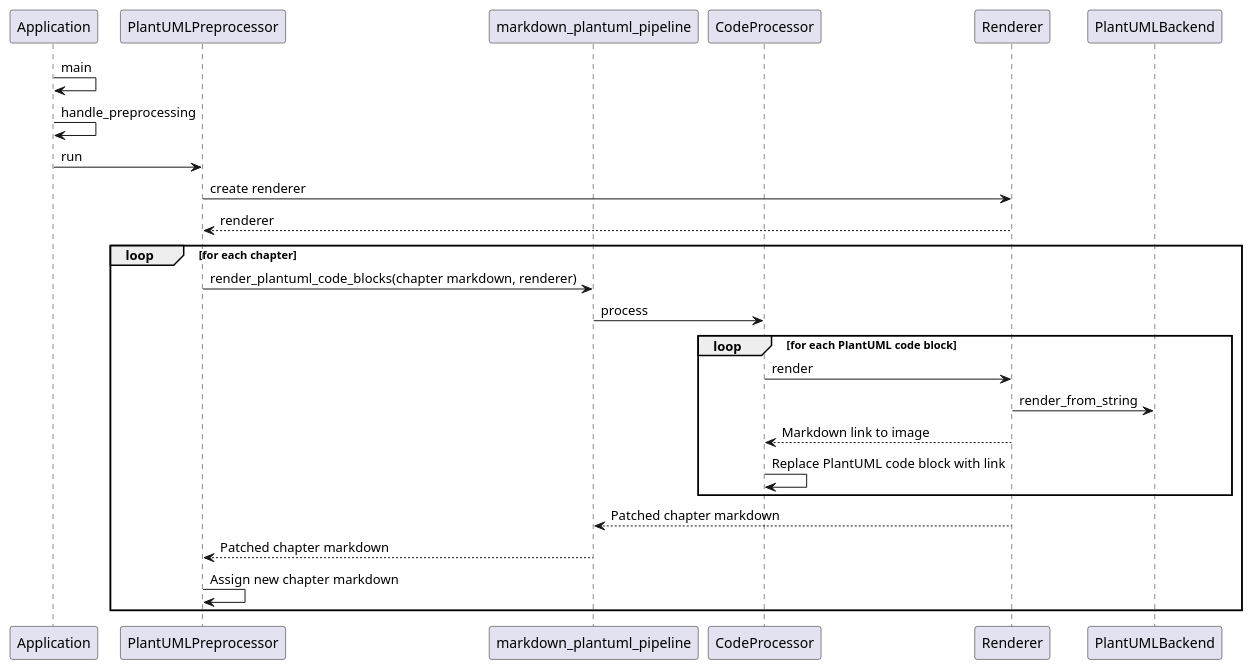
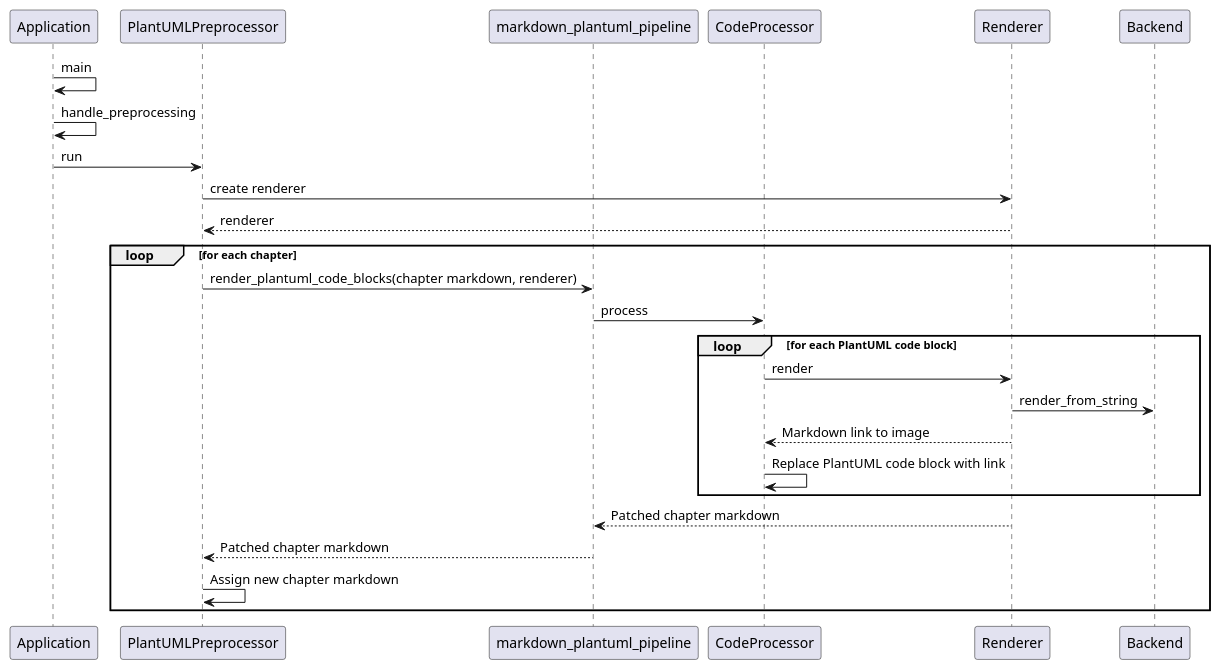
Before and after one commit to sytsereitsma/mdbook-plantuml: the diagram in doc/img/conversion_sequence.puml, drawn with PlantUML. The commit also changed 5 other files, not shown here.

Commit message:
rename 'PlantUMLBackend -> Backend'

```diff
--- a/doc/img/conversion_sequence.puml
+++ b/doc/img/conversion_sequence.puml
@@ -1,27 +1,27 @@
 @startuml
 participant Application
 participant PlantUMLPreprocessor
 participant markdown_plantuml_pipeline
 participant CodeProcessor
 participant Renderer
-participant PlantUMLBackend
+participant Backend
 
 Application -> Application: main
 	Application -> Application: handle_preprocessing
 	Application -> PlantUMLPreprocessor: run
 		PlantUMLPreprocessor -> Renderer: create renderer
 		Renderer --> PlantUMLPreprocessor: renderer
 		loop for each chapter
 			PlantUMLPreprocessor -> markdown_plantuml_pipeline: render_plantuml_code_blocks(chapter markdown, renderer)
 			markdown_plantuml_pipeline -> CodeProcessor: process
 			loop for each PlantUML code block
 				CodeProcessor -> Renderer: render
-					Renderer -> PlantUMLBackend: render_from_string
+					Renderer -> Backend: render_from_string
 				Renderer --> CodeProcessor: Markdown link to image
 				CodeProcessor -> CodeProcessor: Replace PlantUML code block with link
 			end				
 			Renderer --> markdown_plantuml_pipeline: Patched chapter markdown
 			markdown_plantuml_pipeline --> PlantUMLPreprocessor: Patched chapter markdown
 			PlantUMLPreprocessor -> PlantUMLPreprocessor: Assign new chapter markdown
 		end
 @enduml
```
